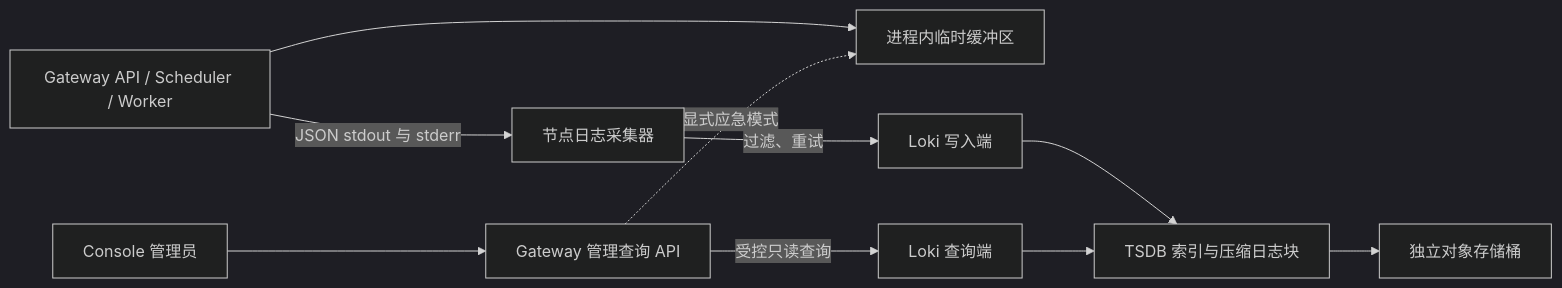
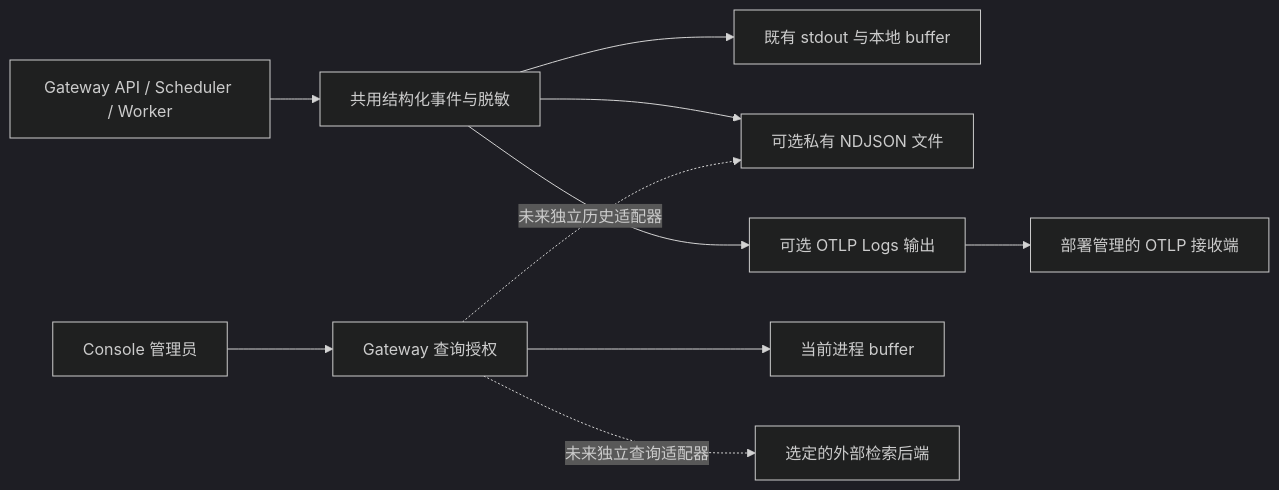
Before and after one commit to ccsert/artifact-gateway: the diagram in docs/runtime-log-product-design.zh-CN.md, drawn with Mermaid (dark theme). The commit also changed other lines of this file and 1 other file, not shown here.

````diff
--- a/docs/runtime-log-product-design.zh-CN.md
+++ b/docs/runtime-log-product-design.zh-CN.md
@@ -47,12 +19,12 @@
 ```mermaid
 flowchart LR
-  A[Gateway API / Scheduler / Worker] -->|JSON stdout 与 stderr| B[节点日志采集器]
-  A --> L[进程内临时缓冲区]
-  B -->|过滤、重试| W[Loki 写入端]
-  W --> D[TSDB 索引与压缩日志块]
-  D --> E[独立对象存储桶]
-  U[Console 管理员] --> G[Gateway 管理查询 API]
-  G -->|受控只读查询| Q[Loki 查询端]
-  Q --> D
-  G -.显式应急模式.-> L
+  A[Gateway API / Scheduler / Worker] --> R[共用结构化事件与脱敏]
+  R --> S[既有 stdout 与本地 buffer]
+  R --> F[可选私有 NDJSON 文件]
+  R --> O[可选 OTLP Logs 输出]
+  O --> P[部署管理的 OTLP 接收端]
+  U[Console 管理员] --> G[Gateway 查询授权]
+  G --> L[当前进程 buffer]
+  G -.未来独立历史适配器.-> F
+  G -.未来独立查询适配器.-> Q[选定的外部检索后端]
 ```
````
